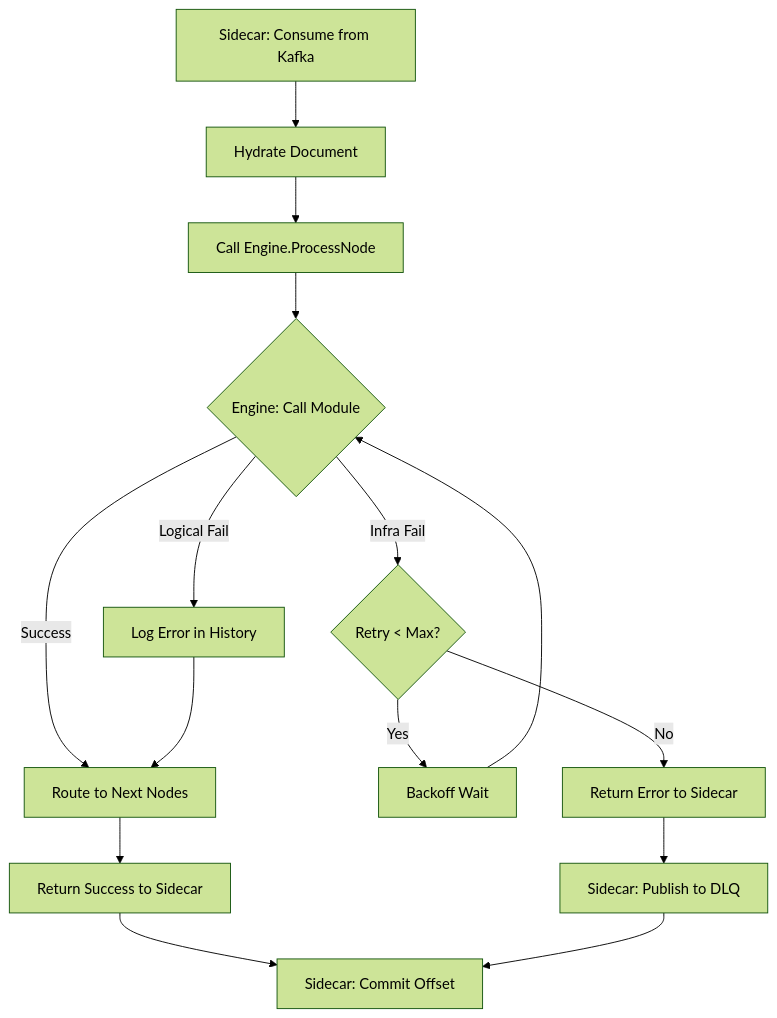
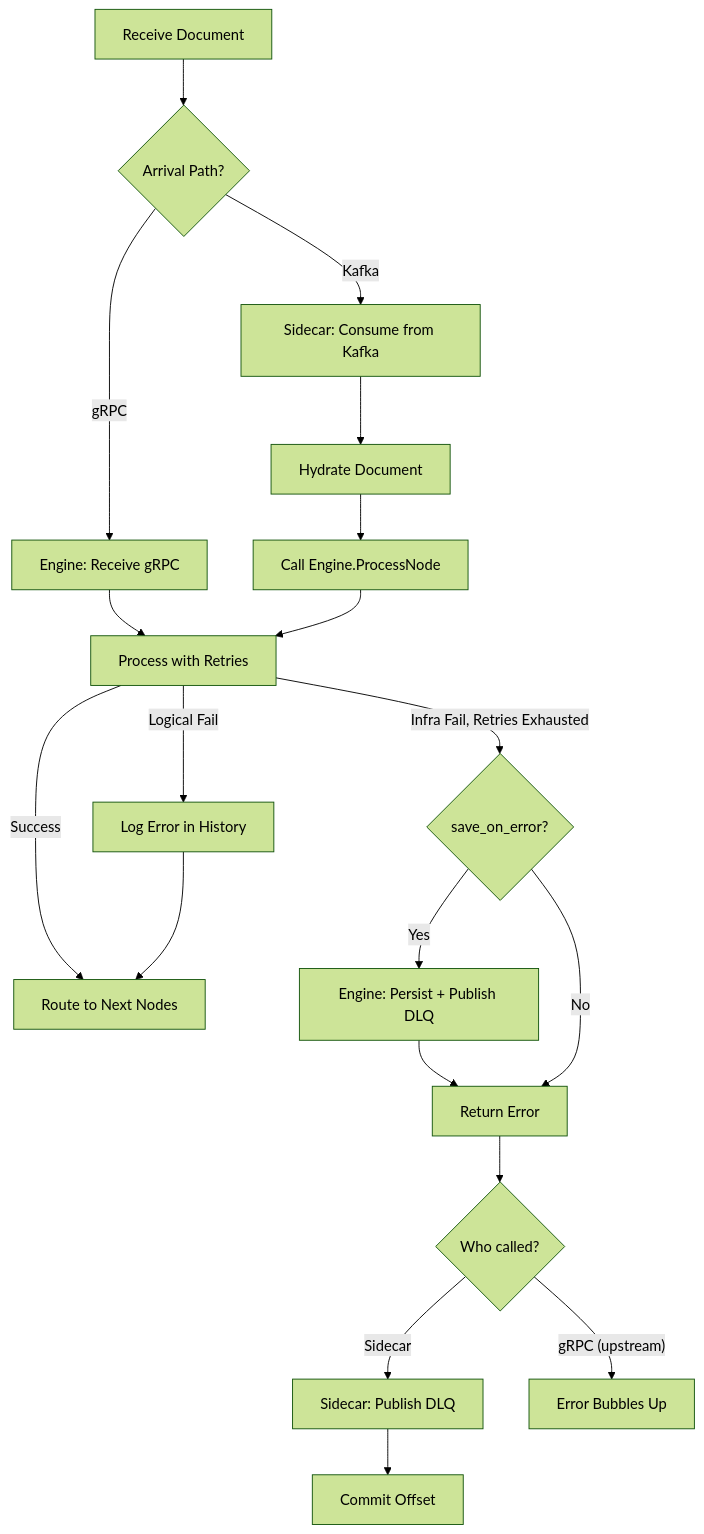
One commit to ai-pipestream/pipestream-engine changed the first of 3 diagrams in docs/architecture/10-dlq-handling.md. Above: the diagram before and after it, drawn with Mermaid (forest theme). The commit also changed other lines of this file, not shown here.

Commit message:
docs: Add save_on_error option to DLQ handling for gRPC path failures

````diff
--- a/docs/architecture/10-dlq-handling.md
+++ b/docs/architecture/10-dlq-handling.md
@@ -191,22 +289,29 @@
 ```mermaid
 flowchart TD
-    Start[Sidecar: Consume from Kafka] --> Hydrate[Hydrate Document]
-    Hydrate --> Call[Call Engine.ProcessNode]
+    Start[Receive Document] --> Source{Arrival Path?}
     
-    Call --> EngineRetry{Engine: Call Module}
-    EngineRetry -- Success --> Route[Route to Next Nodes]
-    Route --> OK[Return Success to Sidecar]
+    Source -- Kafka --> SidecarConsume[Sidecar: Consume from Kafka]
+    Source -- gRPC --> DirectCall[Engine: Receive gRPC]
     
-    EngineRetry -- "Logical Fail" --> Log[Log Error in History]
+    SidecarConsume --> Hydrate[Hydrate Document]
+    Hydrate --> CallEngine[Call Engine.ProcessNode]
+    
+    DirectCall --> EngineProcess[Process with Retries]
+    CallEngine --> EngineProcess
+    
+    EngineProcess -- Success --> Route[Route to Next Nodes]
+    EngineProcess -- "Logical Fail" --> Log[Log Error in History]
     Log --> Route
     
-    EngineRetry -- "Infra Fail" --> Retry{Retry < Max?}
-    Retry -- Yes --> Wait[Backoff Wait]
-    Wait --> EngineRetry
+    EngineProcess -- "Infra Fail, Retries Exhausted" --> CheckSaveOnError{save_on_error?}
     
-    Retry -- No --> Error[Return Error to Sidecar]
+    CheckSaveOnError -- Yes --> EngineDLQ[Engine: Persist + Publish DLQ]
+    EngineDLQ --> ReturnError[Return Error]
     
-    OK --> Commit[Sidecar: Commit Offset]
-    Error --> DLQ[Sidecar: Publish to DLQ]
-    DLQ --> Commit
+    CheckSaveOnError -- No --> ReturnError
+    
+    ReturnError --> WhoHandles{Who called?}
+    WhoHandles -- Sidecar --> SidecarDLQ[Sidecar: Publish DLQ]
+    SidecarDLQ --> Commit[Commit Offset]
+    WhoHandles -- "gRPC (upstream)" --> BubbleUp[Error Bubbles Up]
 ```
````
